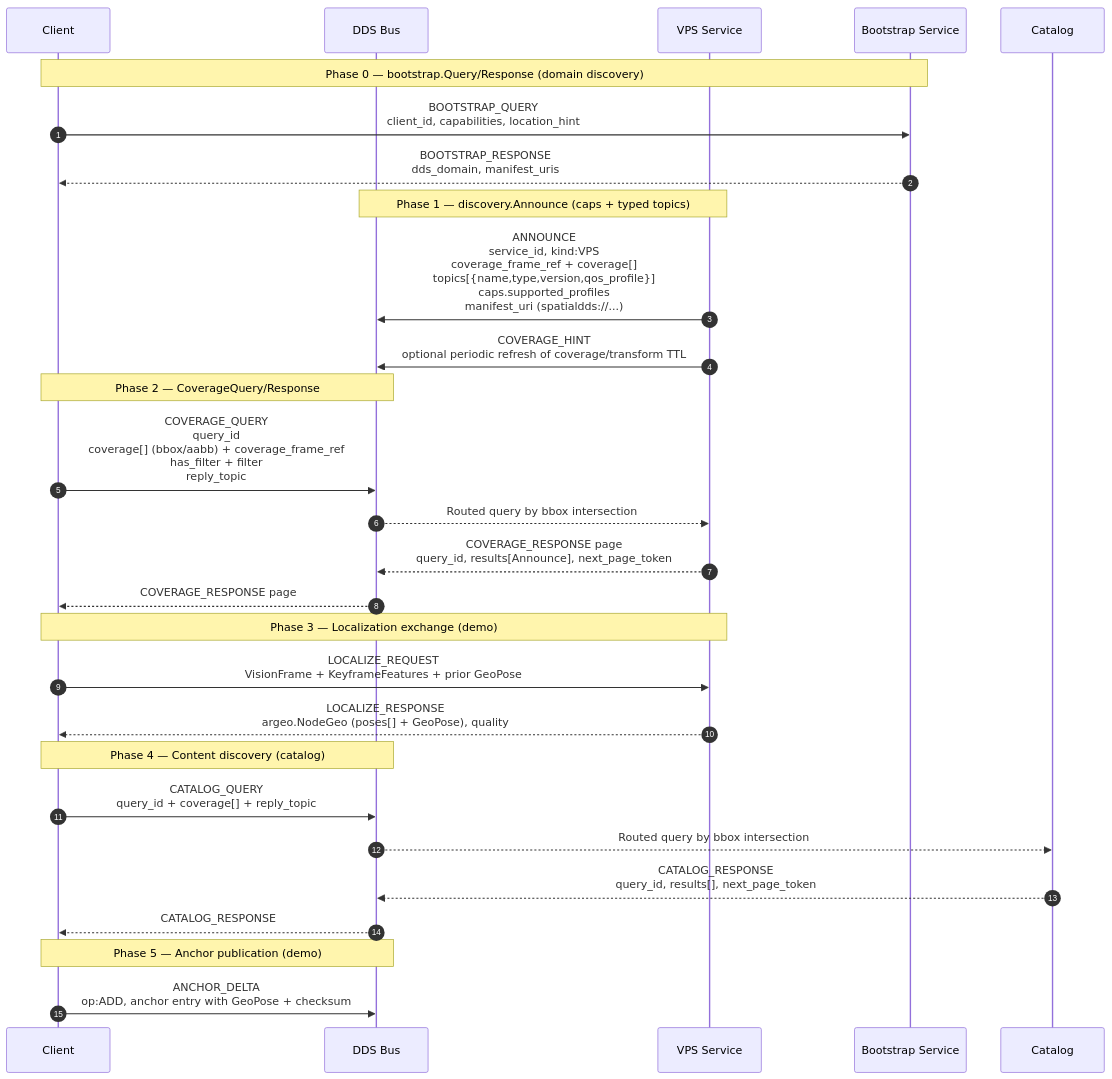
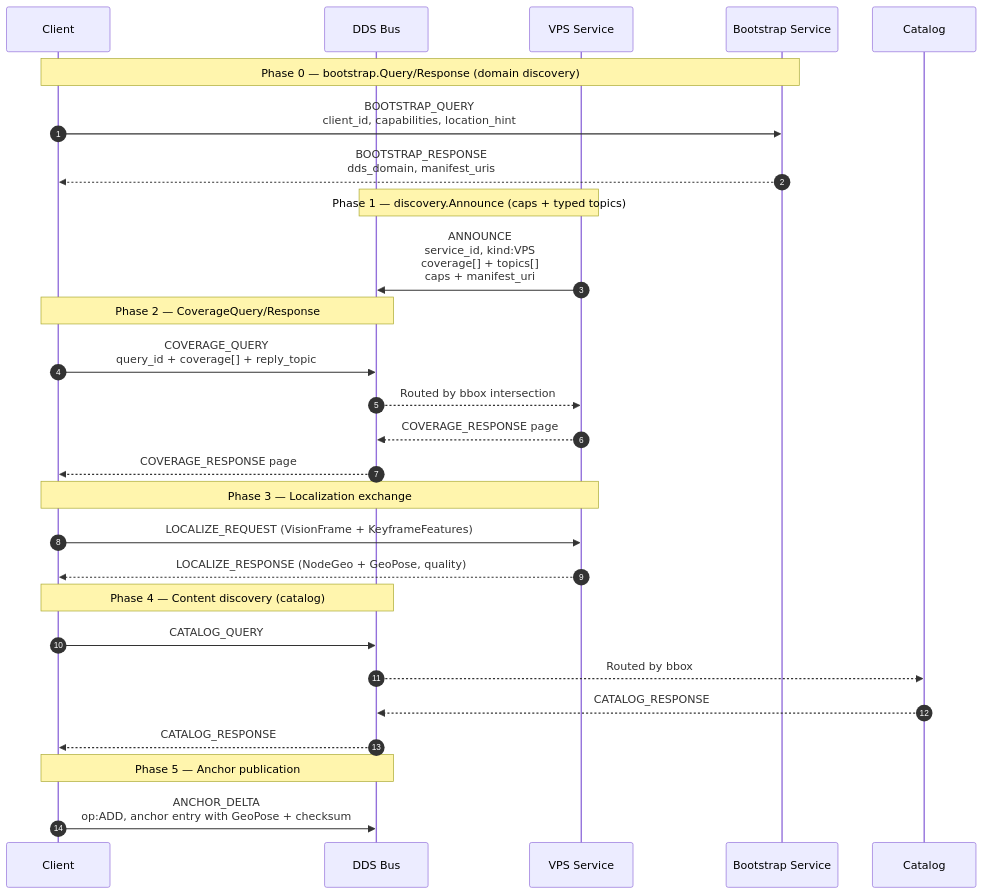
The diagram in ar_demo/README.md (OpenArCloud/SpatialDDS-demo), drawn with Mermaid before and after one commit. The commit also changed other lines of this file and 2 other files, not shown here.

````diff
--- a/ar_demo/README.md
+++ b/ar_demo/README.md
@@ -17,35 +12,34 @@
 ```mermaid
 sequenceDiagram
     autonumber
     participant Client
     participant DDS as DDS Bus
     participant VPS as VPS Service
     participant Bootstrap as Bootstrap Service
 
     Note over Client,Bootstrap: Phase 0 — bootstrap.Query/Response (domain discovery)
     Client->>Bootstrap: BOOTSTRAP_QUERY<br/>client_id, capabilities, location_hint
     Bootstrap-->>Client: BOOTSTRAP_RESPONSE<br/>dds_domain, manifest_uris
 
     Note over VPS,DDS: Phase 1 — discovery.Announce (caps + typed topics)
-    VPS->>DDS: ANNOUNCE<br/>service_id, kind:VPS<br/>coverage_frame_ref + coverage[]<br/>topics[{name,type,version,qos_profile}]<br/>caps.supported_profiles<br/>manifest_uri (spatialdds://...)
-    VPS->>DDS: COVERAGE_HINT<br/>optional periodic refresh of coverage/transform TTL
+    VPS->>DDS: ANNOUNCE<br/>service_id, kind:VPS<br/>coverage[] + topics[]<br/>caps + manifest_uri
 
     Note over Client,DDS: Phase 2 — CoverageQuery/Response
-    Client->>DDS: COVERAGE_QUERY<br/>query_id<br/>coverage[] (bbox/aabb) + coverage_frame_ref<br/>has_filter + filter<br/>reply_topic
-    DDS-->>VPS: Routed query by bbox intersection
-    VPS-->>DDS: COVERAGE_RESPONSE page<br/>query_id, results[Announce], next_page_token
+    Client->>DDS: COVERAGE_QUERY<br/>query_id + coverage[] + reply_topic
+    DDS-->>VPS: Routed by bbox intersection
+    VPS-->>DDS: COVERAGE_RESPONSE page
     DDS-->>Client: COVERAGE_RESPONSE page
 
-    Note over Client,VPS: Phase 3 — Localization exchange (demo)
-    Client->>VPS: LOCALIZE_REQUEST<br/>VisionFrame + KeyframeFeatures + prior GeoPose
-    VPS-->>Client: LOCALIZE_RESPONSE<br/>argeo.NodeGeo (poses[] + GeoPose), quality
+    Note over Client,VPS: Phase 3 — Localization exchange
+    Client->>VPS: LOCALIZE_REQUEST (VisionFrame + KeyframeFeatures)
+    VPS-->>Client: LOCALIZE_RESPONSE (NodeGeo + GeoPose, quality)
 
     Note over Client,DDS: Phase 4 — Content discovery (catalog)
-    Client->>DDS: CATALOG_QUERY<br/>query_id + coverage[] + reply_topic
-    DDS-->>Catalog: Routed query by bbox intersection
-    Catalog-->>DDS: CATALOG_RESPONSE<br/>query_id, results[], next_page_token
+    Client->>DDS: CATALOG_QUERY
+    DDS-->>Catalog: Routed by bbox
+    Catalog-->>DDS: CATALOG_RESPONSE
     DDS-->>Client: CATALOG_RESPONSE
 
-    Note over Client,DDS: Phase 5 — Anchor publication (demo)
+    Note over Client,DDS: Phase 5 — Anchor publication
     Client->>DDS: ANCHOR_DELTA<br/>op:ADD, anchor entry with GeoPose + checksum
 ```
````
